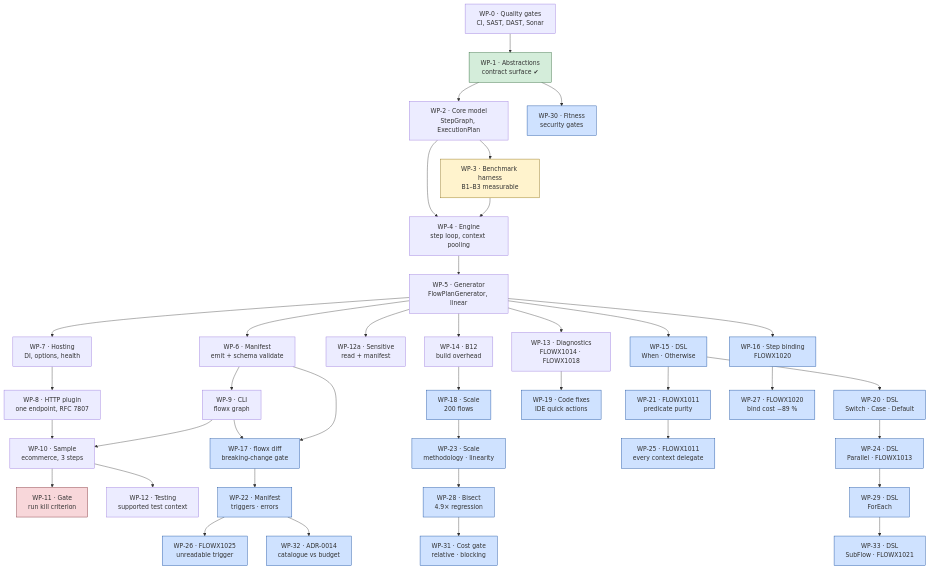
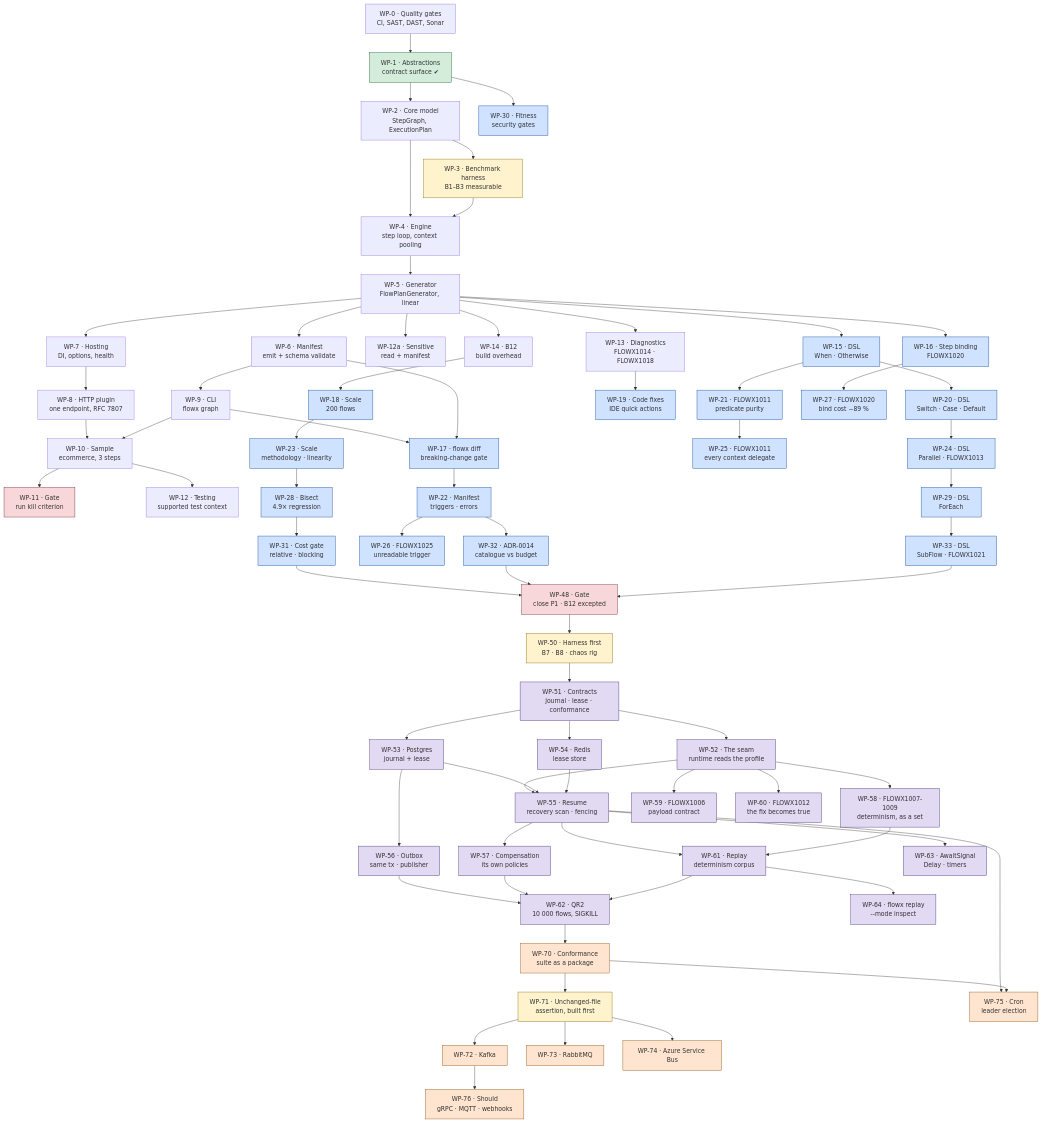
The diagram in PLAN.md (KhaiTrang1995/NexusFlow), drawn with Mermaid before and after one commit. The commit also changed other lines of this file and 3 other files, not shown here.

````diff
--- a/PLAN.md
+++ b/PLAN.md
@@ -74,6 +77,31 @@
     WP31["WP-31 · Cost gate<br/>relative · blocking"]
     WP30["WP-30 · Fitness<br/>security gates"]
     WP32["WP-32 · ADR-0014<br/>catalogue vs budget"]
+    WP48["WP-48 · Gate<br/>close P1 · B12 excepted"]
+
+    WP50["WP-50 · Harness first<br/>B7 · B8 · chaos rig"]
+    WP51["WP-51 · Contracts<br/>journal · lease · conformance"]
+    WP52["WP-52 · The seam<br/>runtime reads the profile"]
+    WP53["WP-53 · Postgres<br/>journal + lease"]
+    WP54["WP-54 · Redis<br/>lease store"]
+    WP55["WP-55 · Resume<br/>recovery scan · fencing"]
+    WP56["WP-56 · Outbox<br/>same tx · publisher"]
+    WP57["WP-57 · Compensation<br/>its own policies"]
+    WP58["WP-58 · FLOWX1007-1009<br/>determinism, as a set"]
+    WP59["WP-59 · FLOWX1006<br/>payload contract"]
+    WP60["WP-60 · FLOWX1012<br/>the fix becomes true"]
+    WP61["WP-61 · Replay<br/>determinism corpus"]
+    WP62["WP-62 · QR2<br/>10 000 flows, SIGKILL"]
+    WP63["WP-63 · AwaitSignal<br/>Delay · timers"]
+    WP64["WP-64 · flowx replay<br/>--mode inspect"]
+
+    WP70["WP-70 · Conformance<br/>suite as a package"]
+    WP71["WP-71 · Unchanged-file<br/>assertion, built first"]
+    WP72["WP-72 · Kafka"]
+    WP73["WP-73 · RabbitMQ"]
+    WP74["WP-74 · Azure Service Bus"]
+    WP75["WP-75 · Cron<br/>leader election"]
+    WP76["WP-76 · Should<br/>gRPC · MQTT · webhooks"]
 
     WP0 --> WP1 --> WP2 --> WP3
     WP2 --> WP4
@@ -96,9 +124,42 @@
     WP15 --> WP21 --> WP25
     WP22 --> WP32
     WP1 --> WP30
+    WP31 --> WP48
+    WP32 --> WP48
+    WP33 --> WP48
+
+    WP48 --> WP50 --> WP51 --> WP52
+    WP51 --> WP53
+    WP51 --> WP54
+    WP52 --> WP55
+    WP53 --> WP55
+    WP54 --> WP55
+    WP53 --> WP56
+    WP52 --> WP58
+    WP52 --> WP59
+    WP52 --> WP60
+    WP55 --> WP57
+    WP55 --> WP61
+    WP55 --> WP63
+    WP58 --> WP61
+    WP56 --> WP62
+    WP57 --> WP62
+    WP61 --> WP62
+    WP61 --> WP64
+
+    WP62 --> WP70 --> WP71
+    WP71 --> WP72
+    WP71 --> WP73
+    WP71 --> WP74
+    WP55 --> WP75
+    WP70 --> WP75
+    WP72 --> WP76
 
     style WP3 fill:#fff3cd,stroke:#856404
     style WP11 fill:#f8d7da,stroke:#721c24
+    style WP48 fill:#f8d7da,stroke:#721c24
+    style WP50 fill:#fff3cd,stroke:#856404
+    style WP71 fill:#fff3cd,stroke:#856404
     style WP1 fill:#d4edda,stroke:#155724
     style WP15 fill:#cfe2ff,stroke:#084298
     style WP20 fill:#cfe2ff,stroke:#084298
@@ -119,4 +180,26 @@
     style WP30 fill:#cfe2ff,stroke:#084298
     style WP31 fill:#cfe2ff,stroke:#084298
     style WP32 fill:#cfe2ff,stroke:#084298
+
+    style WP51 fill:#e2d9f3,stroke:#432874
+    style WP52 fill:#e2d9f3,stroke:#432874
+    style WP53 fill:#e2d9f3,stroke:#432874
+    style WP54 fill:#e2d9f3,stroke:#432874
+    style WP55 fill:#e2d9f3,stroke:#432874
+    style WP56 fill:#e2d9f3,stroke:#432874
+    style WP57 fill:#e2d9f3,stroke:#432874
+    style WP58 fill:#e2d9f3,stroke:#432874
+    style WP59 fill:#e2d9f3,stroke:#432874
+    style WP60 fill:#e2d9f3,stroke:#432874
+    style WP61 fill:#e2d9f3,stroke:#432874
+    style WP62 fill:#e2d9f3,stroke:#432874
+    style WP63 fill:#e2d9f3,stroke:#432874
+    style WP64 fill:#e2d9f3,stroke:#432874
+
+    style WP70 fill:#ffe5d0,stroke:#8a4b08
+    style WP72 fill:#ffe5d0,stroke:#8a4b08
+    style WP73 fill:#ffe5d0,stroke:#8a4b08
+    style WP74 fill:#ffe5d0,stroke:#8a4b08
+    style WP75 fill:#ffe5d0,stroke:#8a4b08
+    style WP76 fill:#ffe5d0,stroke:#8a4b08
 ```
````
